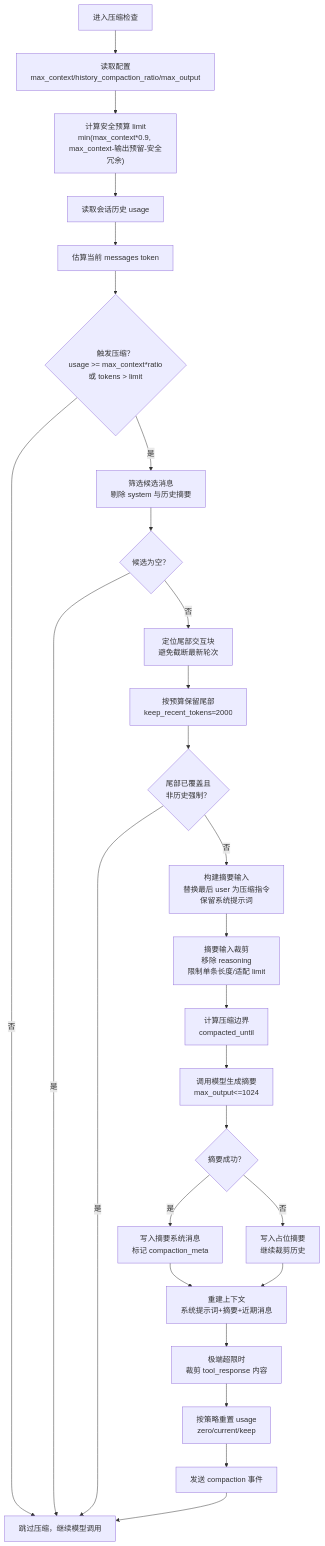
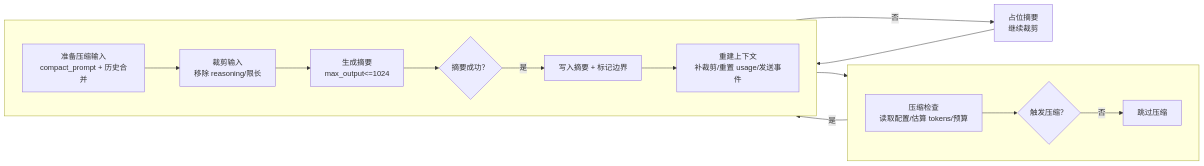
The diagram in docs/diagrams/system-intro/05-context-compaction-flow.mmd (ylsdamxssjxxdd/wunder), drawn with Mermaid before and after one commit. The commit also changed 32 other files, not shown here.

```diff
--- a/docs/diagrams/system-intro/05-context-compaction-flow.mmd
+++ b/docs/diagrams/system-intro/05-context-compaction-flow.mmd
@@ -1,27 +1,14 @@
-flowchart TD
-  A["进入压缩检查"] --> B["读取配置<br/>max_context/history_compaction_ratio/max_output"]
-  B --> C["计算安全预算 limit<br/>min(max_context*0.9, max_context-输出预留-安全冗余)"]
-  C --> D["读取会话历史 usage"]
-  D --> E["估算当前 messages token"]
-  E --> F{"触发压缩？<br/>usage >= max_context*ratio<br/>或 tokens > limit"}
-  F -- "否" --> Z["跳过压缩，继续模型调用"]
-  F -- "是" --> G["筛选候选消息<br/>剔除 system 与历史摘要"]
-  G --> H{"候选为空？"}
-  H -- "是" --> Z
-  H -- "否" --> I["定位尾部交互块<br/>避免截断最新轮次"]
-  I --> J["按预算保留尾部<br/>keep_recent_tokens≈2000"]
-  J --> K{"尾部已覆盖且<br/>非历史强制？"}
-  K -- "是" --> Z
-  K -- "否" --> L["构建摘要输入<br/>替换最后 user 为压缩指令<br/>保留系统提示词"]
-  L --> M["摘要输入裁剪<br/>移除 reasoning<br/>限制单条长度/适配 limit"]
-  M --> N["计算压缩边界<br/>compacted_until"]
-  N --> O["调用模型生成摘要<br/>max_output<=1024"]
-  O --> P{"摘要成功？"}
-  P -- "是" --> Q["写入摘要系统消息<br/>标记 compaction_meta"]
-  P -- "否" --> R["写入占位摘要<br/>继续裁剪历史"]
-  Q --> S["重建上下文<br/>系统提示词+摘要+近期消息"]
-  R --> S
-  S --> T["极端超限时<br/>裁剪 tool_response 内容"]
-  T --> U["按策略重置 usage<br/>zero/current/keep"]
-  U --> V["发送 compaction 事件"]
-  V --> Z
+flowchart LR
+  subgraph Row1[" "]
+    direction LR
+    A["压缩检查<br/>读取配置/估算 tokens/预算"] --> B{"触发压缩？"} -->|否| Z["跳过压缩"]
+  end
+
+  subgraph Row2[" "]
+    direction LR
+    C["准备压缩输入<br/>compact_prompt + 历史合并"] --> D["裁剪输入<br/>移除 reasoning/限长"] --> E["生成摘要<br/>max_output<=1024"] --> F{"摘要成功？"}
+    F -- "是" --> H["写入摘要 + 标记边界"] --> I["重建上下文<br/>补裁剪/重置 usage/发送事件"] --> Z
+  end
+
+  B -- "是" --> C
+  F -- "否" --> G["占位摘要<br/>继续裁剪"] --> H
```
